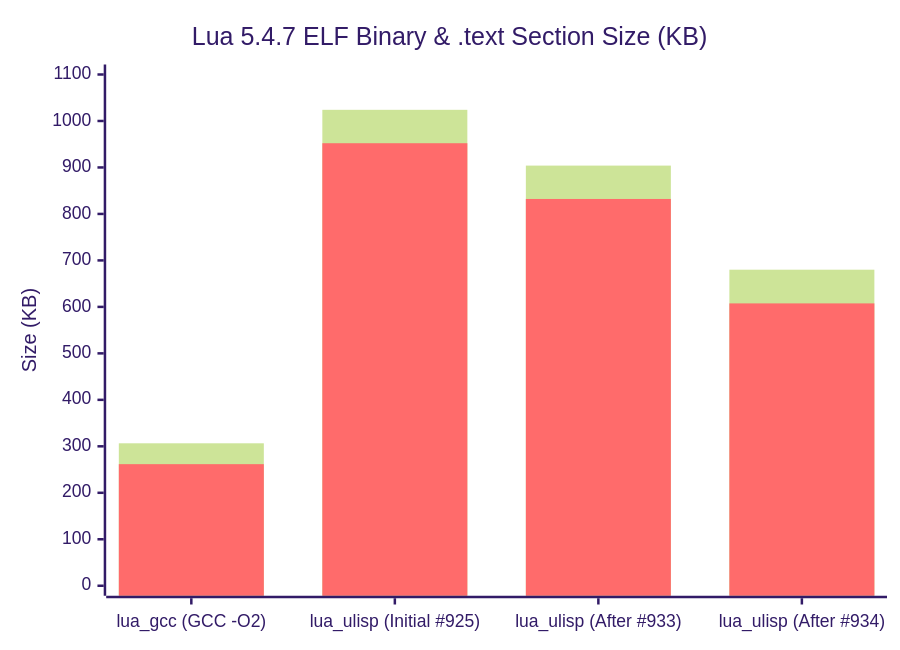
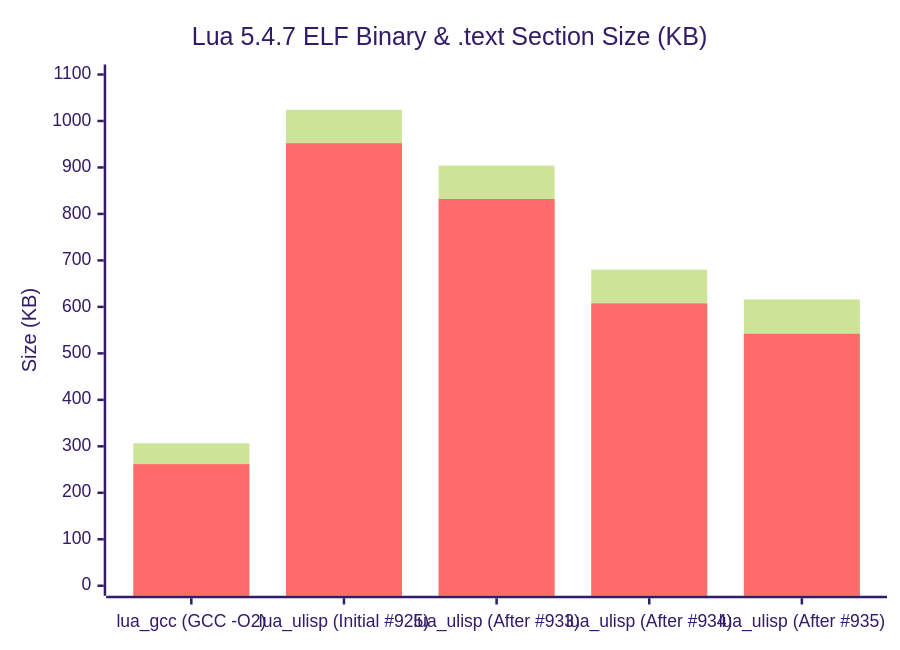
One commit to rokujyouhitoma/arxiv-security-papers changed the diagram in ulisp/docs/ref_benchmarks.md. Above: the diagram before and after it, drawn with Mermaid (forest theme). The commit also changed other lines of this file and 21 other files, not shown here.

````diff
--- a/ulisp/docs/ref_benchmarks.md
+++ b/ulisp/docs/ref_benchmarks.md
@@ -47,8 +47,8 @@
 ```mermaid
 xychart-beta
     title "Lua 5.4.7 ELF Binary & .text Section Size (KB)"
-    x-axis ["lua_gcc (GCC -O2)", "lua_ulisp (Initial #925)", "lua_ulisp (After #933)", "lua_ulisp (After #934)"]
+    x-axis ["lua_gcc (GCC -O2)", "lua_ulisp (Initial #925)", "lua_ulisp (After #933)", "lua_ulisp (After #934)", "lua_ulisp (After #935)"]
     y-axis "Size (KB)" 0 --> 1100
-    bar [306.5, 1024.0, 904.0, 680.0]
-    bar [261.6, 952.1, 832.2, 607.5]
+    bar [306.5, 1024.0, 904.0, 680.0, 616.0]
+    bar [261.6, 952.1, 832.2, 607.5, 542.1]
 ```
````
